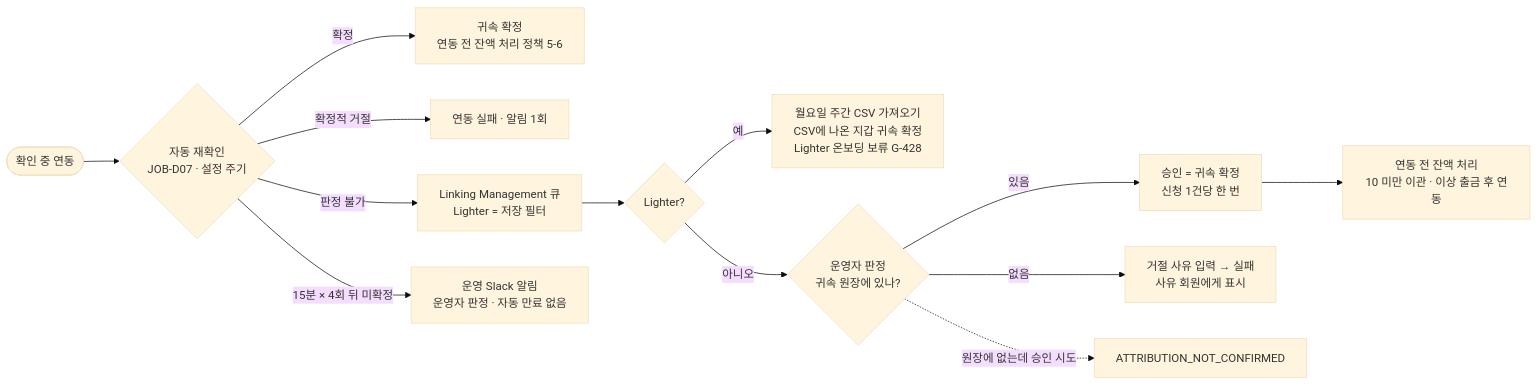
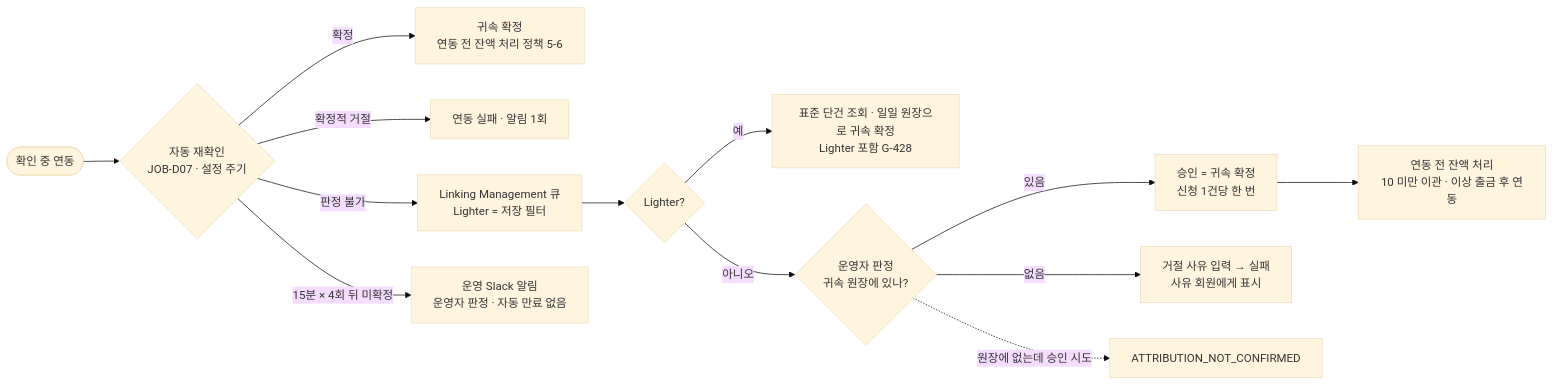
One commit to matthewforwork1213-collab/dex changed the second of 6 diagrams in 02.기획문서/정보구조도_백오피스.md. Above: the diagram before and after it, drawn with Mermaid (base theme). The commit also changed other lines of this file and 831 other files, not shown here.

````diff
--- a/02.기획문서/정보구조도_백오피스.md
+++ b/02.기획문서/정보구조도_백오피스.md
@@ -79,15 +79,15 @@
 ```mermaid
 flowchart LR
     P([확인 중 연동]) --> R{자동 재확인<br/>JOB-D07 · 설정 주기}
     R -->|확정| OK[귀속 확정<br/>연동 전 잔액 처리 정책 5-6]
     R -->|확정적 거절| NG[연동 실패 · 알림 1회]
     R -->|판정 불가| Q[Linking Management 큐<br/>Lighter = 저장 필터]
     Q --> LC{Lighter?}
-    LC -->|예| CSV[월요일 주간 CSV 가져오기<br/>CSV에 나온 지갑 귀속 확정<br/>Lighter 온보딩 보류 G-428]
+    LC -->|예| CSV[표준 단건 조회 · 일일 원장으로 귀속 확정<br/>Lighter 포함 G-428]
     LC -->|아니오| ADM{운영자 판정<br/>귀속 원장에 있나?}
     ADM -->|있음| APR[승인 = 귀속 확정<br/>신청 1건당 한 번]
     ADM -->|없음| REJ[거절 사유 입력 → 실패<br/>사유 회원에게 표시]
     ADM -.->|원장에 없는데 승인 시도| X[ATTRIBUTION_NOT_CONFIRMED]
     R -->|15분 × 4회 뒤 미확정| EXP[운영 Slack 알림<br/>운영자 판정 · 자동 만료 없음]
     APR --> RM[연동 전 잔액 처리<br/>10 미만 이관 · 이상 출금 후 연동]
 ```
````
